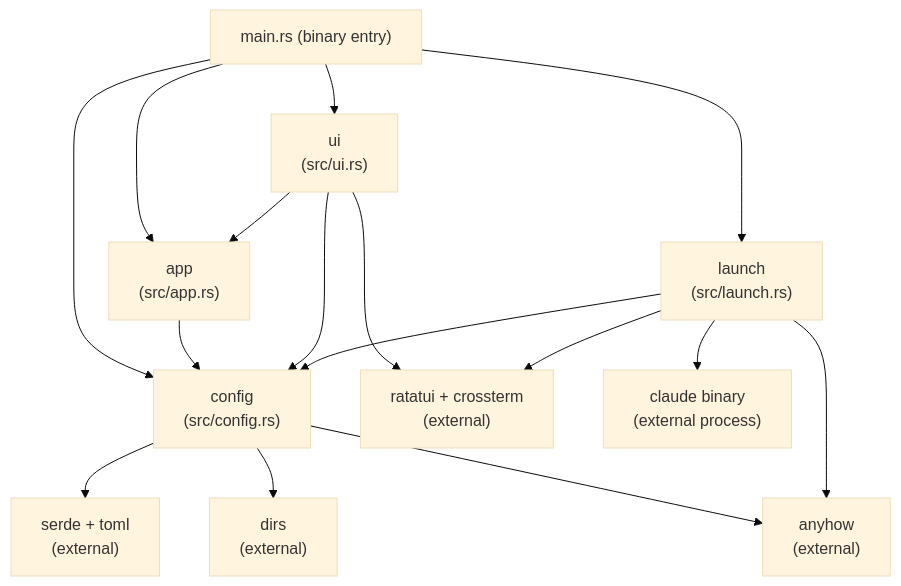
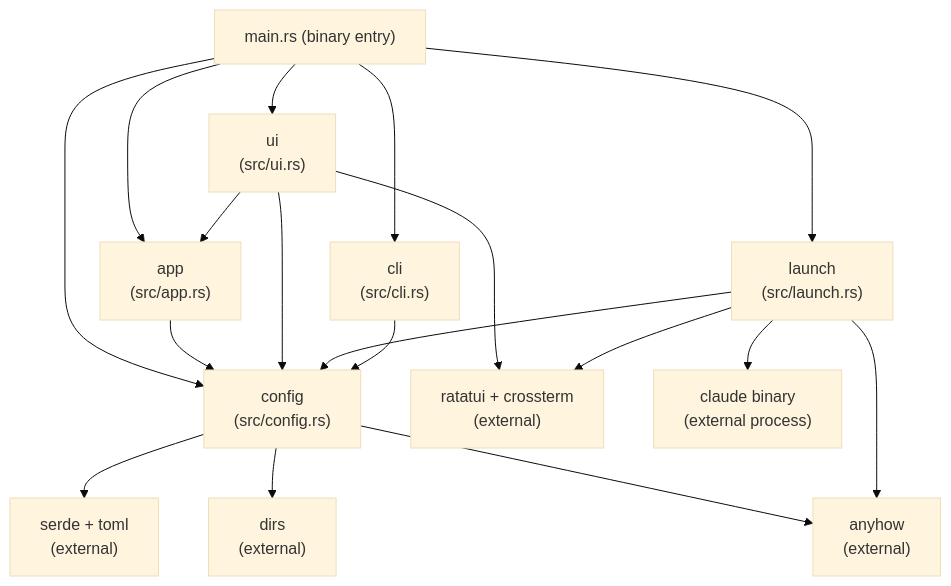
One commit to Xpectuer/cc_starter changed the diagram in docs/modules/index.md. Above: the diagram before and after it, drawn with Mermaid (base theme). The commit also changed other lines of this file and 7 other files, not shown here.

````diff
--- a/docs/modules/index.md
+++ b/docs/modules/index.md
@@ -48,29 +52,32 @@
 ```mermaid
 graph TD
     main["main.rs (binary entry)"]
     config["config\n(src/config.rs)"]
     app["app\n(src/app.rs)"]
     ui["ui\n(src/ui.rs)"]
     launch["launch\n(src/launch.rs)"]
+    cli["cli\n(src/cli.rs)"]
     serde["serde + toml\n(external)"]
     ratatui["ratatui + crossterm\n(external)"]
     dirs["dirs\n(external)"]
     anyhow["anyhow\n(external)"]
     claude["claude binary\n(external process)"]
 
     main --> config
     main --> app
     main --> ui
     main --> launch
+    main --> cli
     app --> config
     ui --> app
     ui --> config
     ui --> ratatui
     launch --> config
     launch --> ratatui
+    cli --> config
     config --> serde
     config --> dirs
     config --> anyhow
     launch --> anyhow
     launch --> claude
 ```
````
